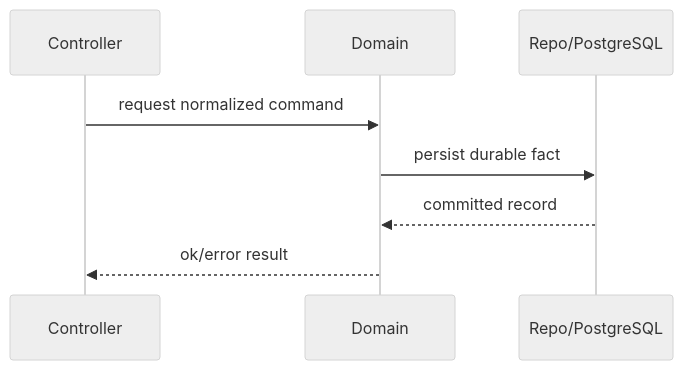
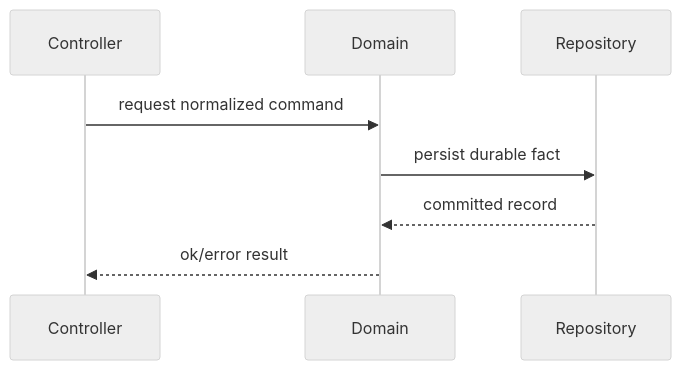
The diagram in .agents/skills/bullx-design-doc-writing/SKILL.md (AgentBull/ankole), drawn with Mermaid (neutral theme) before and after one commit. The commit also changed other lines of this file and 233 other files, not shown here.

````diff
--- a/.agents/skills/bullx-design-doc-writing/SKILL.md
+++ b/.agents/skills/bullx-design-doc-writing/SKILL.md
@@ -96,10 +98,10 @@
 ```mermaid
 sequenceDiagram
   participant C as Controller
   participant D as Domain
-  participant R as Repo/PostgreSQL
+  participant R as Repository
   C->>D: request normalized command
   D->>R: persist durable fact
   R-->>D: committed record
   D-->>C: ok/error result
 ```
````
